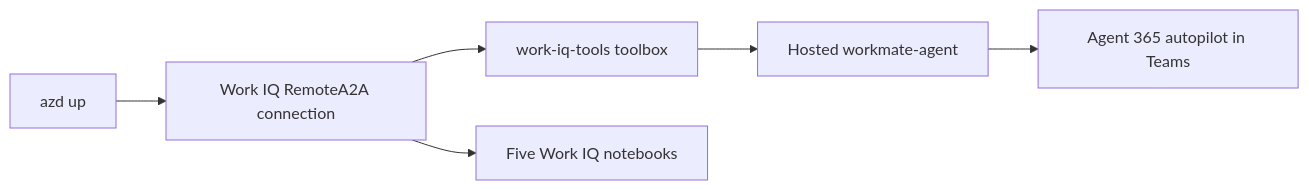
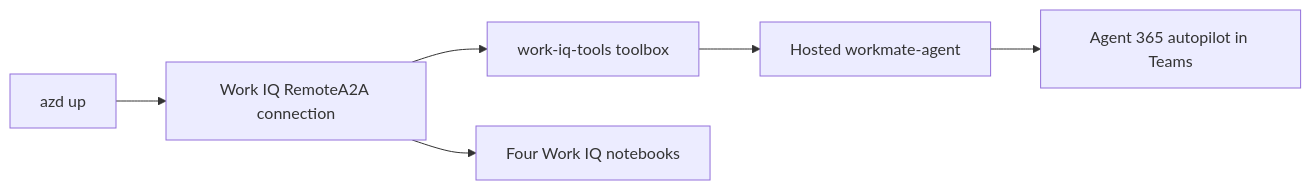
Before and after one commit to aycabas/iqdeepdive-workiq: the diagram in README.md, drawn with Mermaid. The commit also changed other lines of this file and 3 other files, not shown here.

````diff
--- a/README.md
+++ b/README.md
@@ -21,8 +21,8 @@
 ```mermaid
 flowchart LR
   azd[azd up] --> conn[Work IQ RemoteA2A connection]
   conn --> toolbox[work-iq-tools toolbox]
   toolbox --> agent[Hosted workmate-agent]
-  conn --> notebooks[Five Work IQ notebooks]
+  conn --> notebooks[Four Work IQ notebooks]
   agent --> teams[Agent 365 autopilot in Teams]
 ```
````
